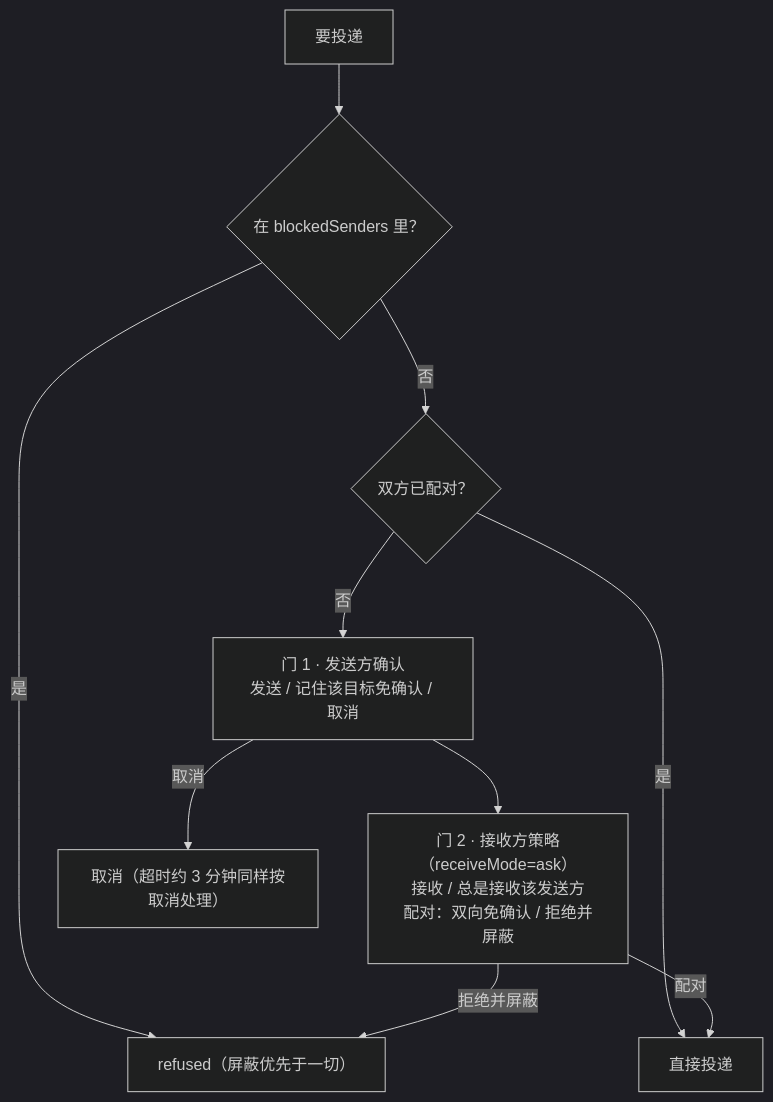
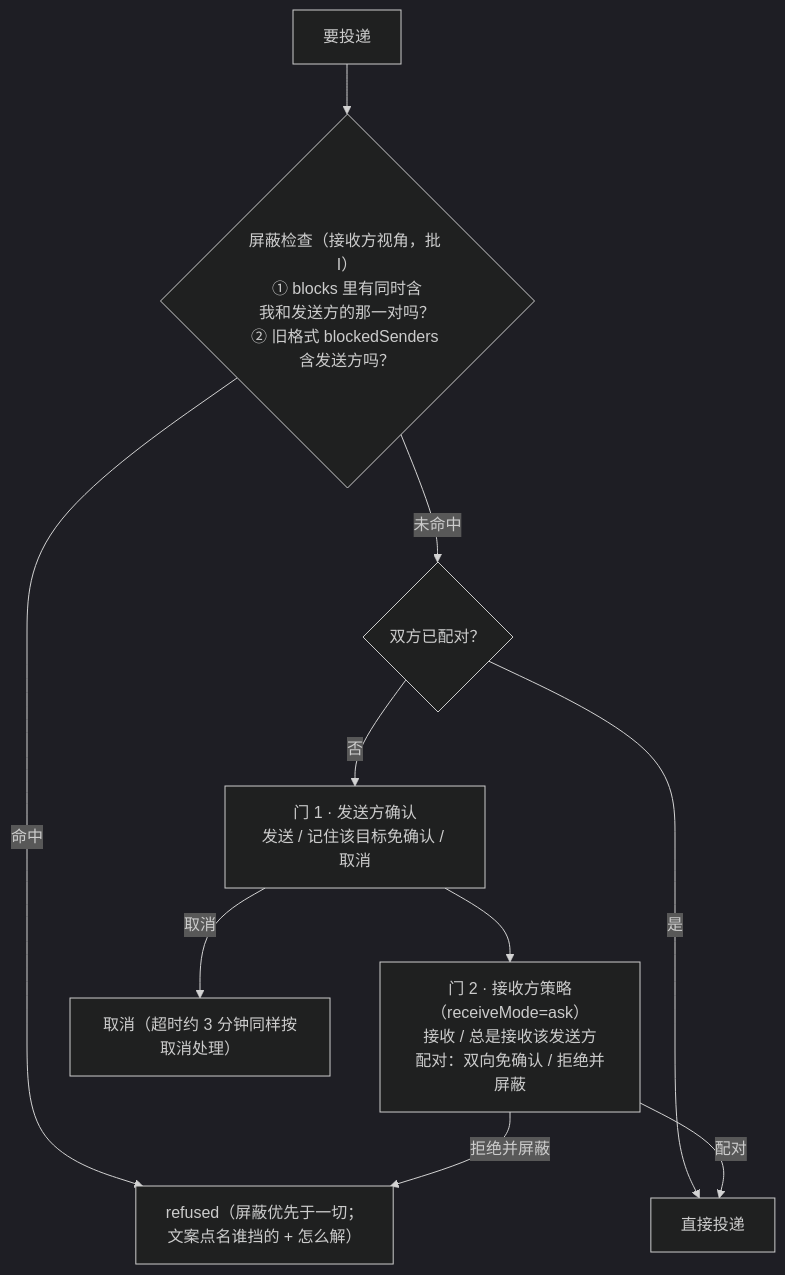
The fourth of 7 diagrams in README.md (shenhuanageshei/dsh-team-link), drawn with Mermaid (dark theme) before and after one commit. The commit also changed other lines of this file and 7 other files, not shown here.

````diff
--- a/README.md
+++ b/README.md
@@ -356,12 +359,12 @@
 ```mermaid
 flowchart TD
-    S["要投递"] --> BLOCK{"在 blockedSenders 里？"}
-    BLOCK -->|是| REF["refused（屏蔽优先于一切）"]
-    BLOCK -->|否| PAIR{"双方已配对？"}
+    S["要投递"] --> BLK{"屏蔽检查（接收方视角，批 I）<br/>① blocks 里有同时含<br/>我和发送方的那一对吗？<br/>② 旧格式 blockedSenders 含发送方吗？"}
+    BLK -->|命中| REF["refused（屏蔽优先于一切；<br/>文案点名谁挡的 + 怎么解）"]
+    BLK -->|未命中| PAIR{"双方已配对？"}
     PAIR -->|是| D["直接投递"]
     PAIR -->|否| G1["门 1 · 发送方确认<br/>发送 / 记住该目标免确认 / 取消"]
     G1 --> G2["门 2 · 接收方策略（receiveMode=ask）<br/>接收 / 总是接收该发送方<br/>配对：双向免确认 / 拒绝并屏蔽"]
     G2 -->|配对| D
     G2 -->|拒绝并屏蔽| REF
     G1 -->|取消| C["取消（超时约 3 分钟同样按取消处理）"]
 ```
````
